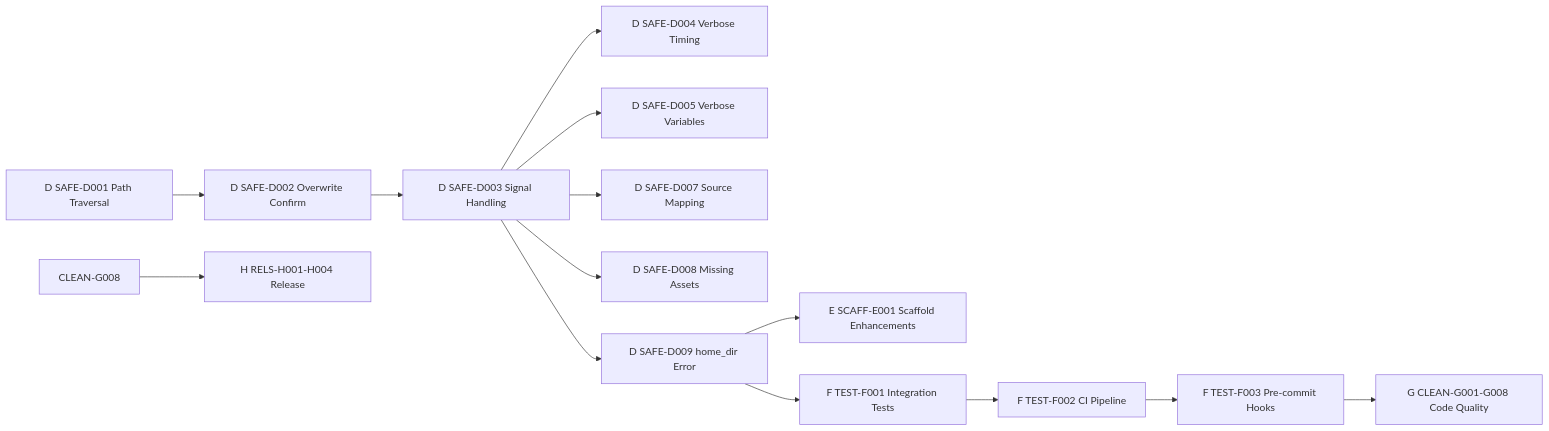
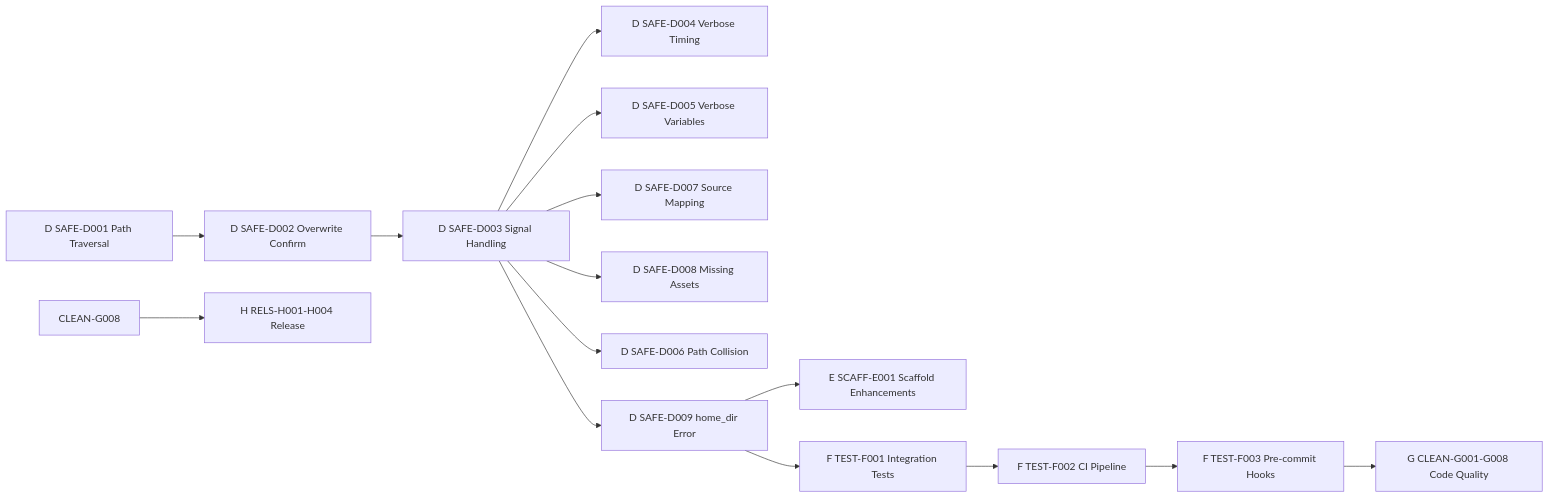
The diagram in .constitution/tasks/critical-path.md (Tuvren/skillprism), drawn with Mermaid before and after one commit. The commit also changed other lines of this file and 2 other files, not shown here.

Commit message:
fix: PR review round 2 — add D006 to Mermaid, fix ticket count, align flag naming, add recommendation section to spike

````diff
--- a/.constitution/tasks/critical-path.md
+++ b/.constitution/tasks/critical-path.md
@@ -16,18 +16,19 @@
 ```mermaid
 flowchart LR
   SAFE-D001["D SAFE-D001 Path Traversal"] --> SAFE-D002["D SAFE-D002 Overwrite Confirm"]
   SAFE-D002 --> SAFE-D003["D SAFE-D003 Signal Handling"]
   SAFE-D003 --> SAFE-D004["D SAFE-D004 Verbose Timing"]
   SAFE-D003 --> SAFE-D005["D SAFE-D005 Verbose Variables"]
   SAFE-D003 --> SAFE-D007["D SAFE-D007 Source Mapping"]
   SAFE-D003 --> SAFE-D008["D SAFE-D008 Missing Assets"]
+  SAFE-D003 --> SAFE-D006["D SAFE-D006 Path Collision"]
   SAFE-D003 --> SAFE-D009["D SAFE-D009 home_dir Error"]
 
   SAFE-D009 --> SCAFF-E001["E SCAFF-E001 Scaffold Enhancements"]
   SAFE-D009 --> TEST-F001["F TEST-F001 Integration Tests"]
 
   TEST-F001 --> TEST-F002["F TEST-F002 CI Pipeline"]
   TEST-F002 --> TEST-F003["F TEST-F003 Pre-commit Hooks"]
   TEST-F003 --> CLEAN-G001["G CLEAN-G001-G008 Code Quality"]
   CLEAN-G008 --> RELS-H001["H RELS-H001-H004 Release"]
 ```
````
